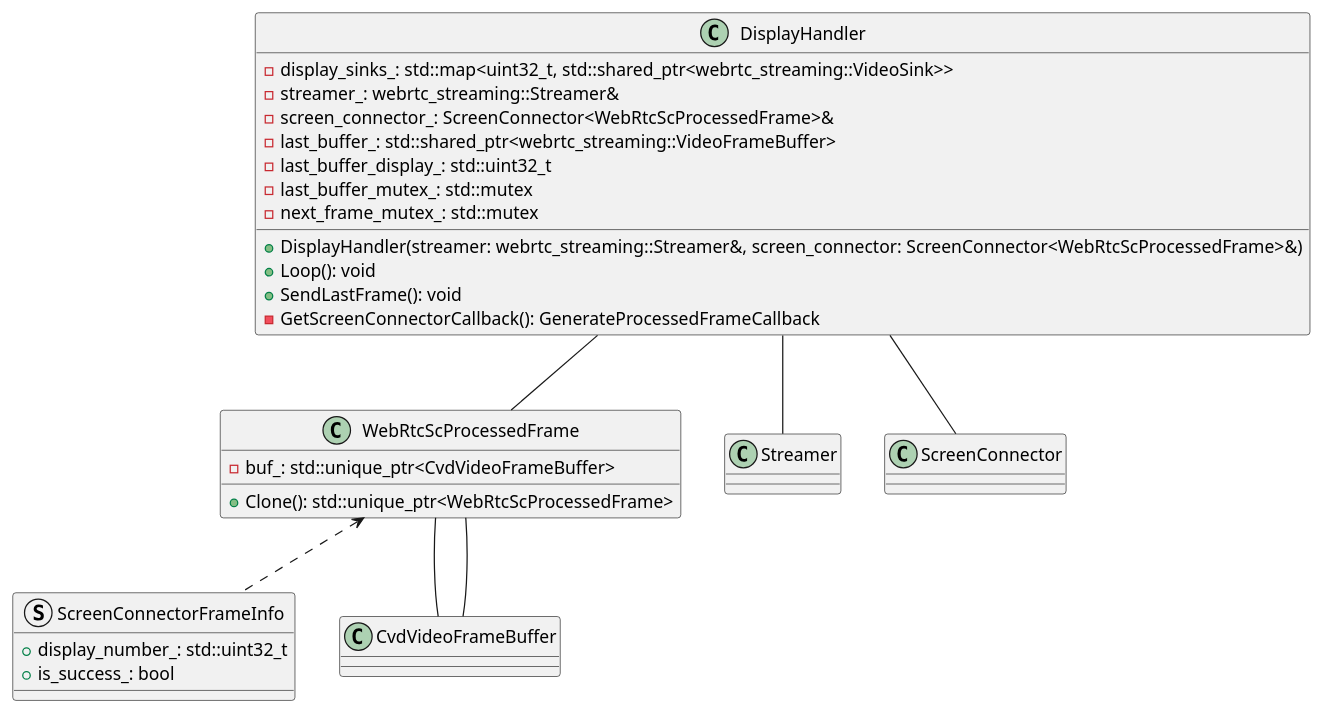
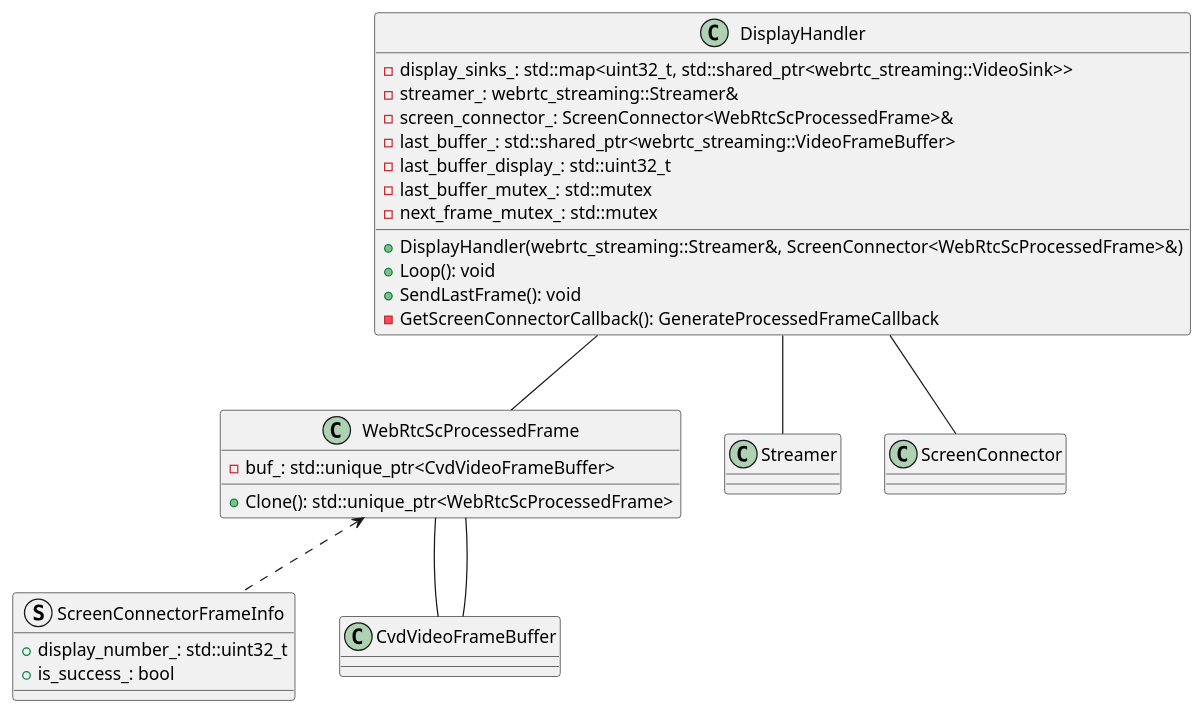
One commit to dmitvitalii/cf_diagrams changed the diagram in streaming_diagram.puml. Above: the diagram before and after it, drawn with PlantUML. The commit also changed 2 other files, not shown here.

```diff
--- a/streaming_diagram.puml
+++ b/streaming_diagram.puml
@@ -1,40 +1,40 @@
 @startuml
 
 class WebRtcScProcessedFrame {
   - buf_: std::unique_ptr<CvdVideoFrameBuffer>
   + Clone(): std::unique_ptr<WebRtcScProcessedFrame>
 }
 
 class DisplayHandler {
   - display_sinks_: std::map<uint32_t, std::shared_ptr<webrtc_streaming::VideoSink>>
   - streamer_: webrtc_streaming::Streamer&
   - screen_connector_: ScreenConnector<WebRtcScProcessedFrame>&
   - last_buffer_: std::shared_ptr<webrtc_streaming::VideoFrameBuffer>
   - last_buffer_display_: std::uint32_t
   - last_buffer_mutex_: std::mutex
   - next_frame_mutex_: std::mutex
-  + DisplayHandler(streamer: webrtc_streaming::Streamer&, screen_connector: ScreenConnector<WebRtcScProcessedFrame>&)
+  + DisplayHandler(webrtc_streaming::Streamer&, ScreenConnector<WebRtcScProcessedFrame>&)
   + Loop(): void
   + SendLastFrame(): void
   - GetScreenConnectorCallback(): GenerateProcessedFrameCallback
 }
 
 struct ScreenConnectorFrameInfo {
   + display_number_: std::uint32_t
   + is_success_: bool
 }
 
 class Streamer
 
 class CvdVideoFrameBuffer
 
 WebRtcScProcessedFrame <.. ScreenConnectorFrameInfo
 
 WebRtcScProcessedFrame -- CvdVideoFrameBuffer
 WebRtcScProcessedFrame -- CvdVideoFrameBuffer
 
 DisplayHandler -- Streamer
 DisplayHandler -- ScreenConnector
 DisplayHandler -- WebRtcScProcessedFrame
 
 @enduml
```
